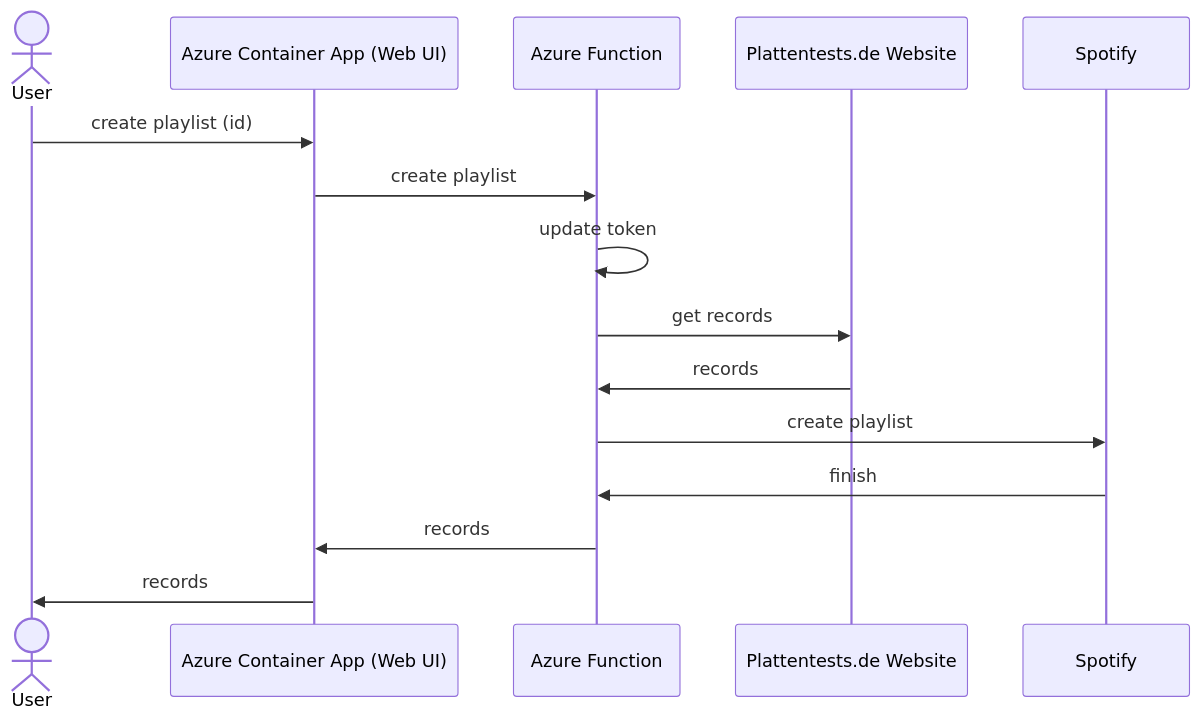
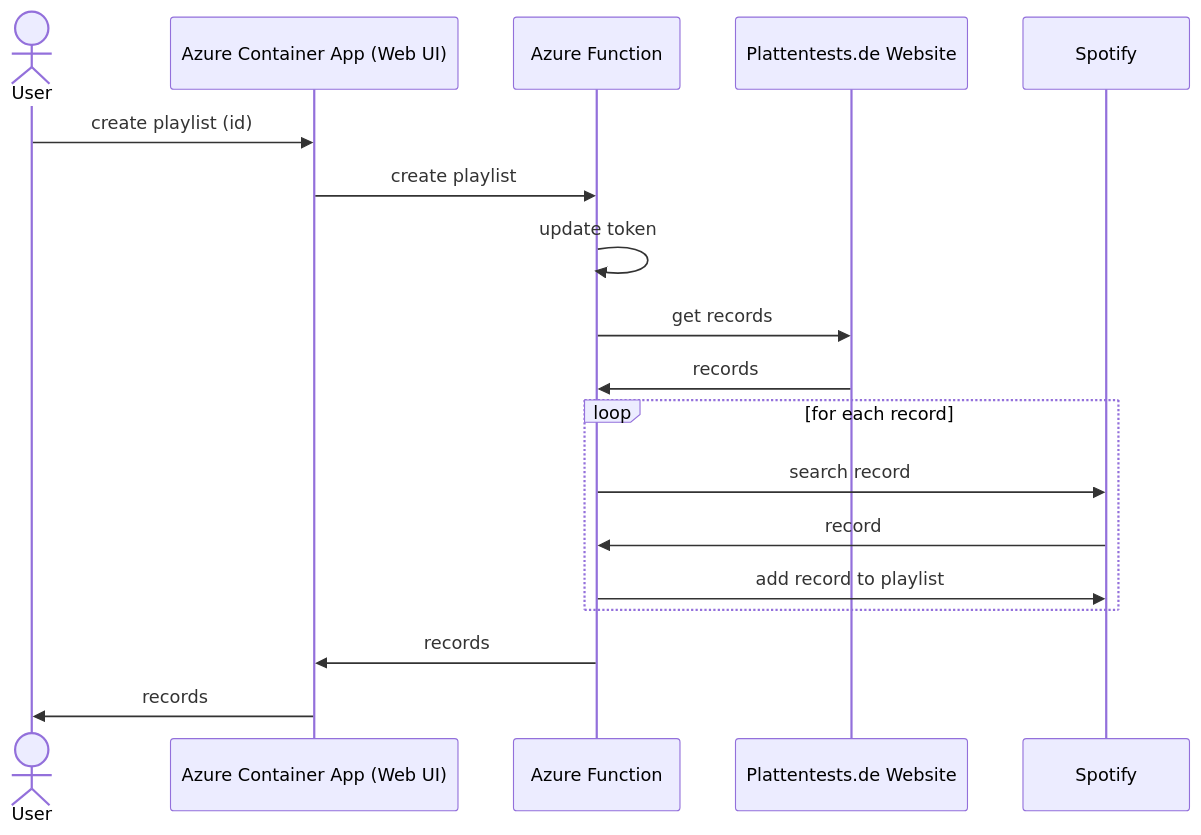
One commit to jetzlstorfer/plattentests-go changed the second of 2 diagrams in README.md. Above: the diagram before and after it, drawn with Mermaid.

Commit message:
first version of sequence diagram

````diff
--- a/README.md
+++ b/README.md
@@ -44,20 +44,23 @@
 ```mermaid
 
 sequenceDiagram
     actor User
     participant ACA as Azure Container App (Web UI)
     participant Function as Azure Function
     participant Plattentests as Plattentests.de Website
     participant Spotify
 
     User->>ACA: create playlist (id)
     ACA->>Function: create playlist
     Function->>Function: update token
     Function->>Plattentests: get records
     Plattentests->>Function: records
-    Function->>Spotify: create playlist
-    Spotify->>Function: finish
+    loop for each record
+        Function->>Spotify: search record
+        Spotify->>Function: record
+        Function->>Spotify: add record to playlist
+    end
     Function->>ACA: records
     ACA->>User: records
     
 ```
````
